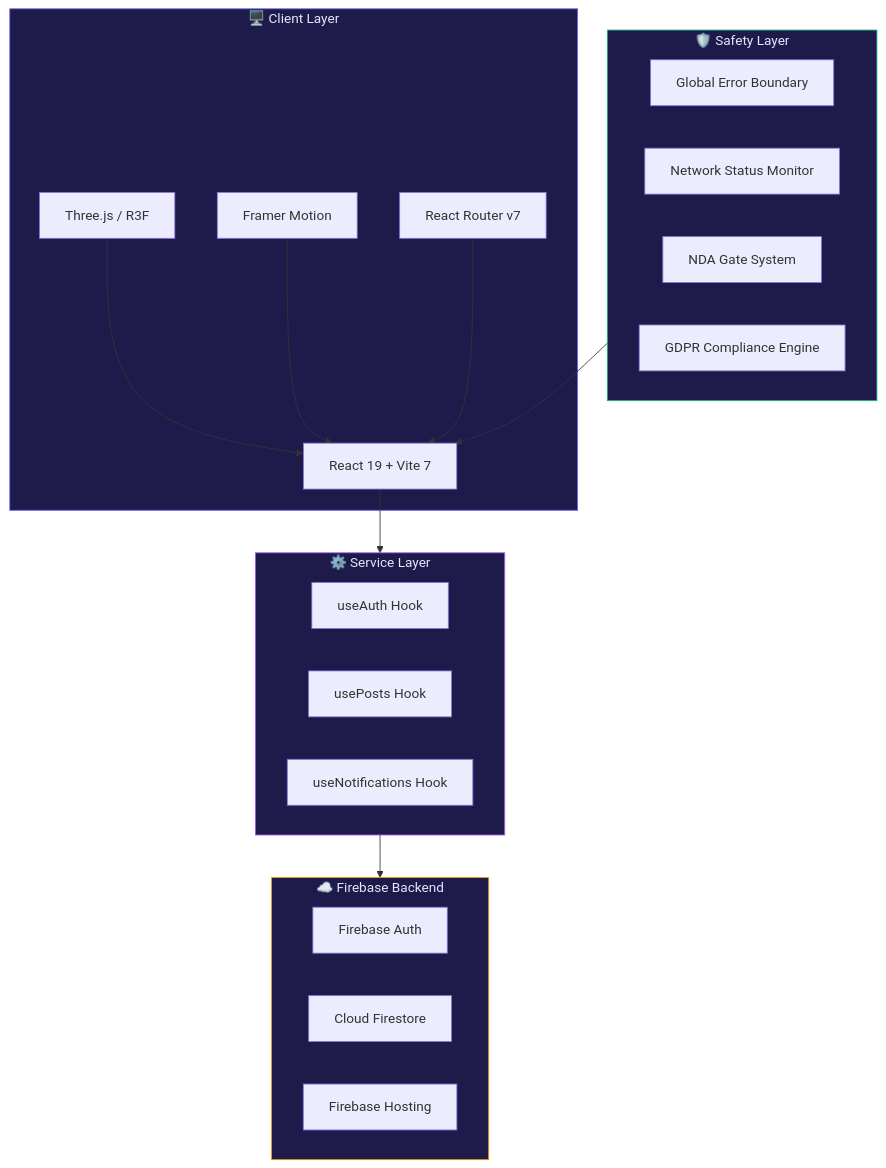
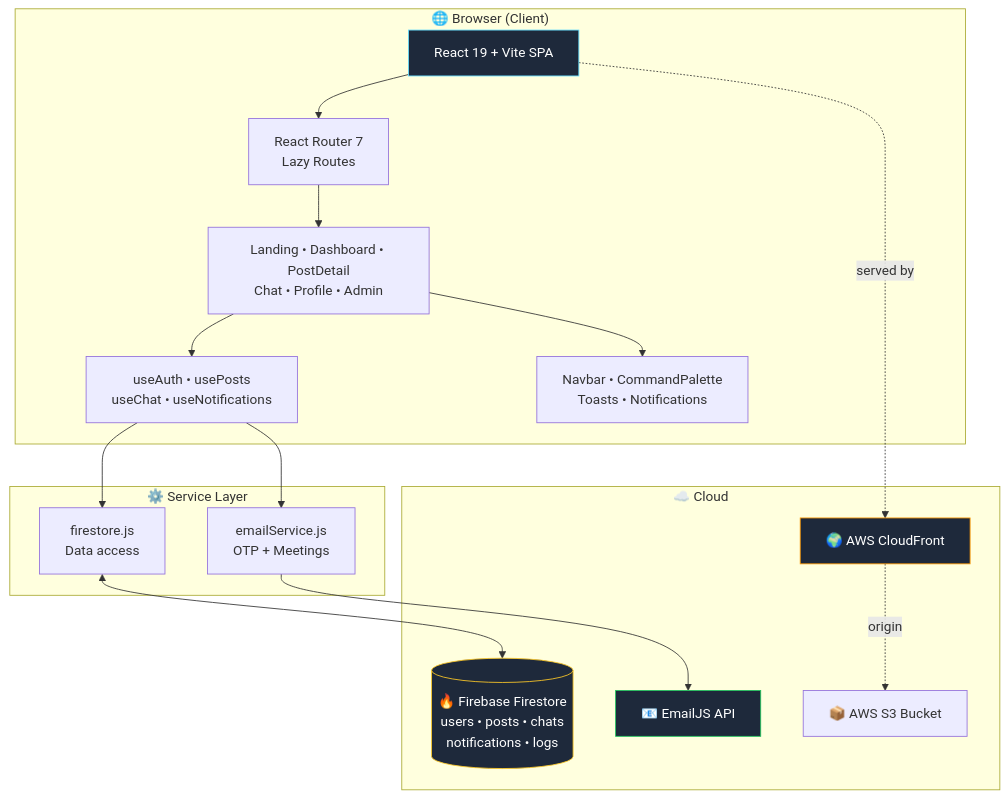
Before and after one commit to cozalss/SENG384-project: the second of 7 diagrams in README.md, drawn with Mermaid. The commit also changed other lines of this file and 66 other files, not shown here.

````diff
--- a/README.md
+++ b/README.md
@@ -174,40 +112,34 @@
 ```mermaid
 graph TB
-    subgraph Client["🖥️ Client Layer"]
-        UI[React 19 + Vite 7]
-        THREE[Three.js / R3F]
-        FM[Framer Motion]
-        ROUTER[React Router v7]
+    subgraph Client["🌐 Browser (Client)"]
+        UI[React 19 + Vite SPA]
+        UI --> Routes[React Router 7<br/>Lazy Routes]
+        Routes --> Pages[Landing • Dashboard • PostDetail<br/>Chat • Profile • Admin]
+        Pages --> Hooks[useAuth • usePosts<br/>useChat • useNotifications]
+        Pages --> Shell[Navbar • CommandPalette<br/>Toasts • Notifications]
     end
-    
+
     subgraph Services["⚙️ Service Layer"]
-        AUTH[useAuth Hook]
-        POSTS[usePosts Hook]
-        NOTIF[useNotifications Hook]
+        FS[firestore.js<br/>Data access]
+        ES[emailService.js<br/>OTP + Meetings]
     end
-    
-    subgraph Backend["☁️ Firebase Backend"]
-        FAUTH[Firebase Auth]
-        FSTORE[Cloud Firestore]
-        FHOST[Firebase Hosting]
+
+    subgraph Cloud["☁️ Cloud"]
+        DB[(🔥 Firebase Firestore<br/>users • posts • chats<br/>notifications • logs)]
+        EMJ[📧 EmailJS API]
+        CDN[🌍 AWS CloudFront]
+        S3[📦 AWS S3 Bucket]
     end
-    
-    subgraph Safety["🛡️ Safety Layer"]
-        EB[Global Error Boundary]
-        NS[Network Status Monitor]
-        NDA[NDA Gate System]
-        GDPR[GDPR Compliance Engine]
-    end
-    
-    UI --> Services
-    THREE --> UI
-    FM --> UI
-    ROUTER --> UI
-    Services --> Backend
-    Safety --> UI
-    
-    style Client fill:#1e1b4b,stroke:#6366f1,color:#e0e7ff
-    style Services fill:#1e1b4b,stroke:#a855f7,color:#e0e7ff
-    style Backend fill:#1e1b4b,stroke:#f59e0b,color:#e0e7ff
-    style Safety fill:#1e1b4b,stroke:#10b981,color:#e0e7ff
+
+    Hooks --> FS
+    Hooks --> ES
+    FS <--> DB
+    ES --> EMJ
+    UI -.served by.-> CDN
+    CDN -.origin.-> S3
+
+    style UI fill:#1e293b,stroke:#61DAFB,color:#fff
+    style DB fill:#1e293b,stroke:#FFCA28,color:#fff
+    style CDN fill:#1e293b,stroke:#FF9900,color:#fff
+    style EMJ fill:#1e293b,stroke:#22c55e,color:#fff
 ```
````
